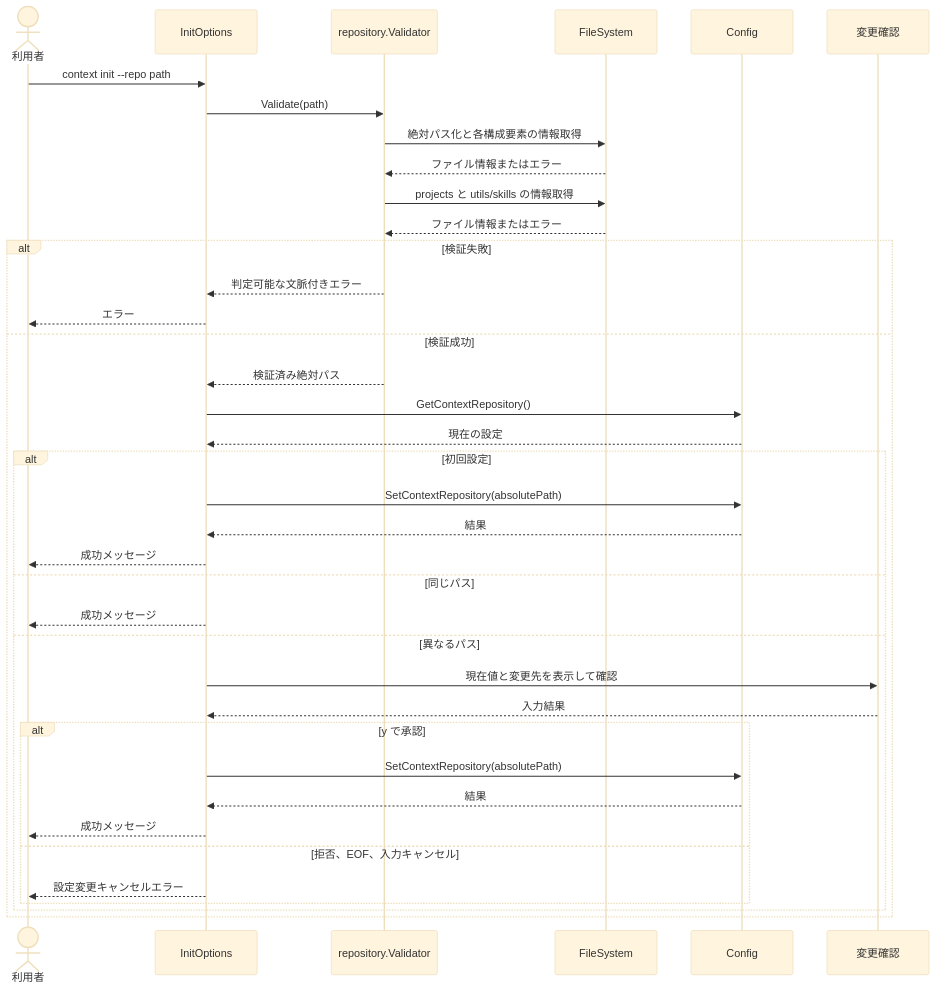
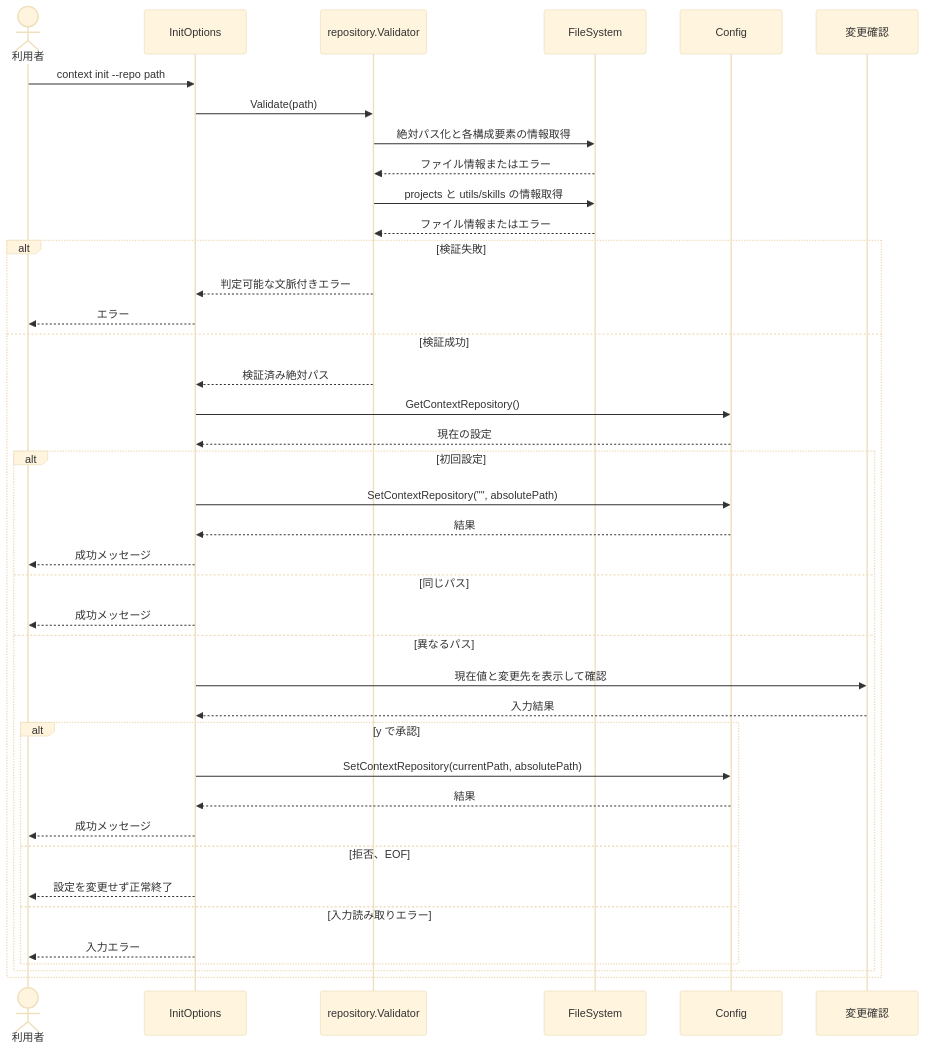
The second of 2 diagrams in docs/specs/spec-001-validate-context-repository/spec.md (yukihito-jokyu/context-cli), drawn with Mermaid (base theme) before and after one commit. The commit also changed other lines of this file, not shown here.

Commit message:
📚 spec-001の仕様書を変更拒否の正常終了と比較更新APIへ追従 #18

````diff
--- a/docs/specs/spec-001-validate-context-repository/spec.md
+++ b/docs/specs/spec-001-validate-context-repository/spec.md
@@ -150,41 +151,43 @@
 ```mermaid
 sequenceDiagram
     actor User as 利用者
     participant Init as InitOptions
     participant Validator as repository.Validator
     participant FS as FileSystem
     participant Config as Config
     participant Confirm as 変更確認
 
     User->>Init: context init --repo path
     Init->>Validator: Validate(path)
     Validator->>FS: 絶対パス化と各構成要素の情報取得
     FS-->>Validator: ファイル情報またはエラー
     Validator->>FS: projects と utils/skills の情報取得
     FS-->>Validator: ファイル情報またはエラー
     alt 検証失敗
         Validator-->>Init: 判定可能な文脈付きエラー
         Init-->>User: エラー
     else 検証成功
         Validator-->>Init: 検証済み絶対パス
         Init->>Config: GetContextRepository()
         Config-->>Init: 現在の設定
         alt 初回設定
-            Init->>Config: SetContextRepository(absolutePath)
+            Init->>Config: SetContextRepository("", absolutePath)
             Config-->>Init: 結果
             Init-->>User: 成功メッセージ
         else 同じパス
             Init-->>User: 成功メッセージ
         else 異なるパス
             Init->>Confirm: 現在値と変更先を表示して確認
             Confirm-->>Init: 入力結果
             alt y で承認
-                Init->>Config: SetContextRepository(absolutePath)
+                Init->>Config: SetContextRepository(currentPath, absolutePath)
                 Config-->>Init: 結果
                 Init-->>User: 成功メッセージ
-            else 拒否、EOF、入力キャンセル
-                Init-->>User: 設定変更キャンセルエラー
+            else 拒否、EOF
+                Init-->>User: 設定を変更せず正常終了
+            else 入力読み取りエラー
+                Init-->>User: 入力エラー
             end
         end
     end
 ```
````
